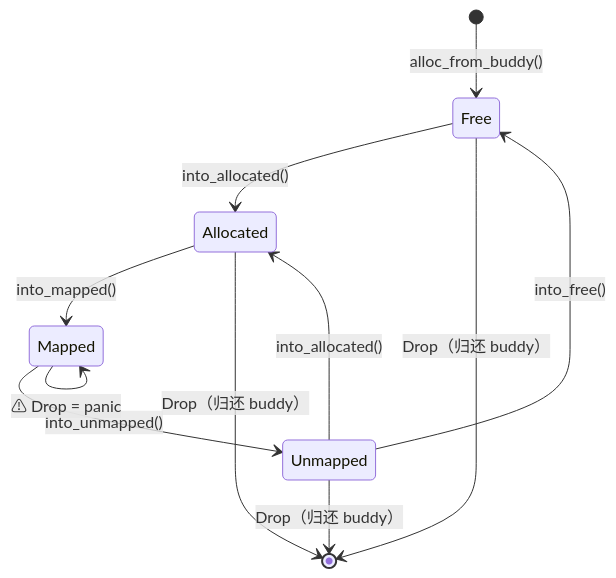
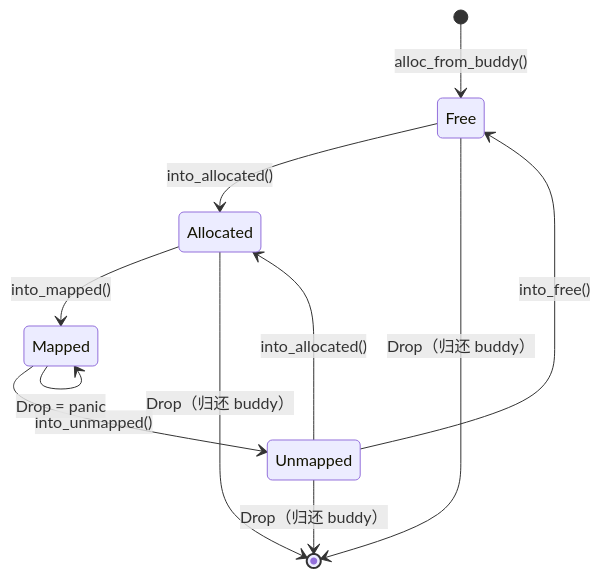
The diagram in crates/frame_allocator/README.md (MRNIU/SimpleKernel), drawn with Mermaid before and after one commit. The commit also changed other lines of this file and 30 other files, not shown here.

````diff
--- a/crates/frame_allocator/README.md
+++ b/crates/frame_allocator/README.md
@@ -37,17 +36,17 @@
 ```mermaid
 stateDiagram-v2
     [*] --> Free : alloc_from_buddy()
     Free --> Allocated : into_allocated()
 
     Allocated --> Mapped : into_mapped()
     Allocated --> [*] : Drop（归还 buddy）
 
     Mapped --> Unmapped : into_unmapped()
-    Mapped --> Mapped : ⚠ Drop = panic
+    Mapped --> Mapped : Drop = panic
 
     Unmapped --> Allocated : into_allocated()
     Unmapped --> Free : into_free()
     Unmapped --> [*] : Drop（归还 buddy）
 
     Free --> [*] : Drop（归还 buddy）
 ```
````
